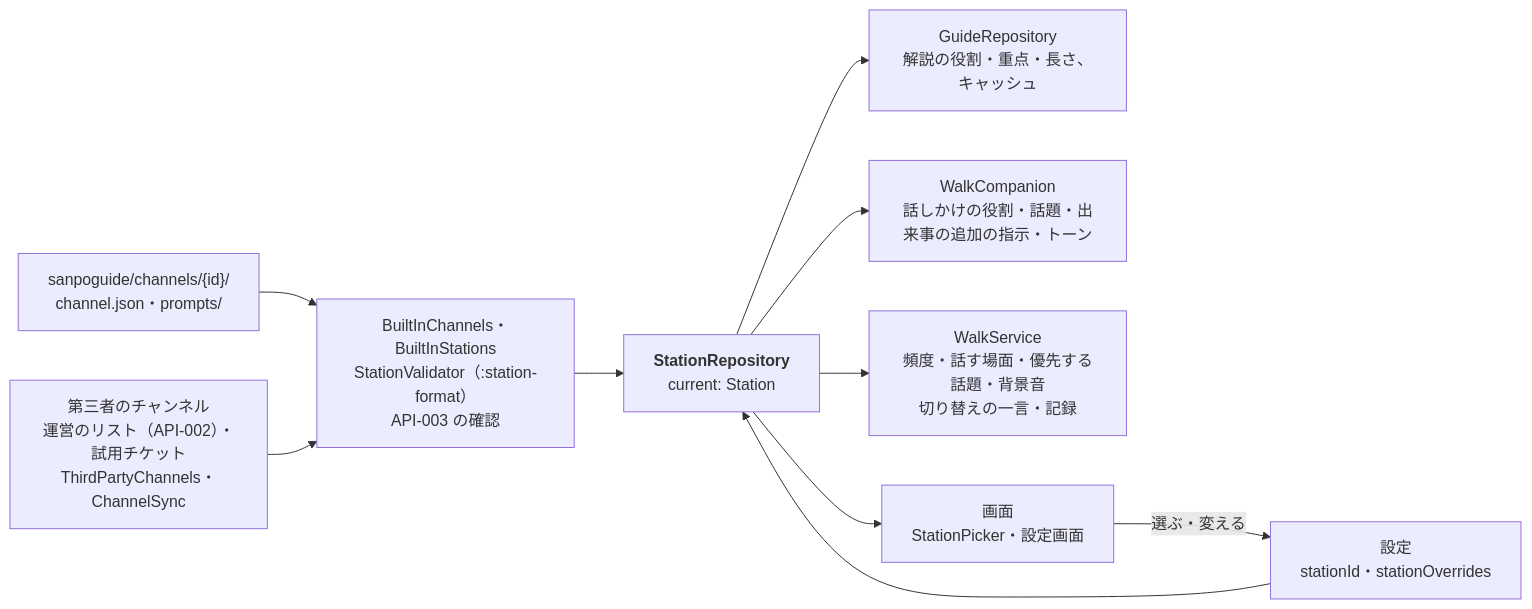
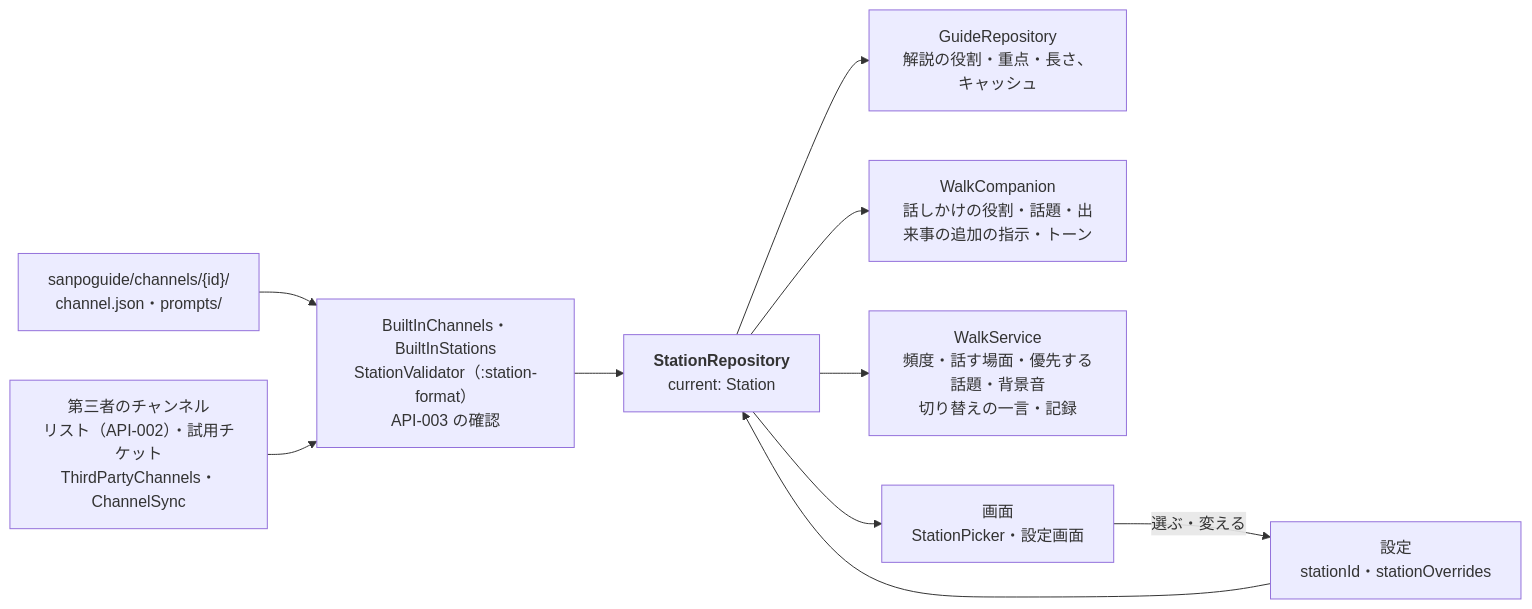
Before and after one commit to duwenji/yorisoi-sanpoguide: the seventh of 8 diagrams in docs/architecture.md, drawn with Mermaid. The commit also changed other lines of this file and 16 other files, not shown here.

````diff
--- a/docs/architecture.md
+++ b/docs/architecture.md
@@ -223,12 +223,12 @@
 ```mermaid
 flowchart LR
   Assets["sanpoguide/channels/{id}/<br/>channel.json・prompts/"] --> Check["BuiltInChannels・BuiltInStations<br/>StationValidator（:station-format）<br/>API-003 の確認"]
-  ThirdParty["第三者のチャンネル<br/>運営のリスト（API-002）・試用チケット<br/>ThirdPartyChannels・ChannelSync"] --> Check
+  ThirdParty["第三者のチャンネル<br/>リスト（API-002）・試用チケット<br/>ThirdPartyChannels・ChannelSync"] --> Check
   Check --> Repo["<b>StationRepository</b><br/>current: Station"]
   Settings["設定<br/>stationId・stationOverrides"] --> Repo
   Repo --> Guide["GuideRepository<br/>解説の役割・重点・長さ、キャッシュ"]
   Repo --> Companion["WalkCompanion<br/>話しかけの役割・話題・出来事の追加の指示・トーン"]
   Repo --> Walk["WalkService<br/>頻度・話す場面・優先する話題・背景音<br/>切り替えの一言・記録"]
   Repo --> Screens["画面<br/>StationPicker・設定画面"]
   Screens -- "選ぶ・変える" --> Settings
 ```
````
